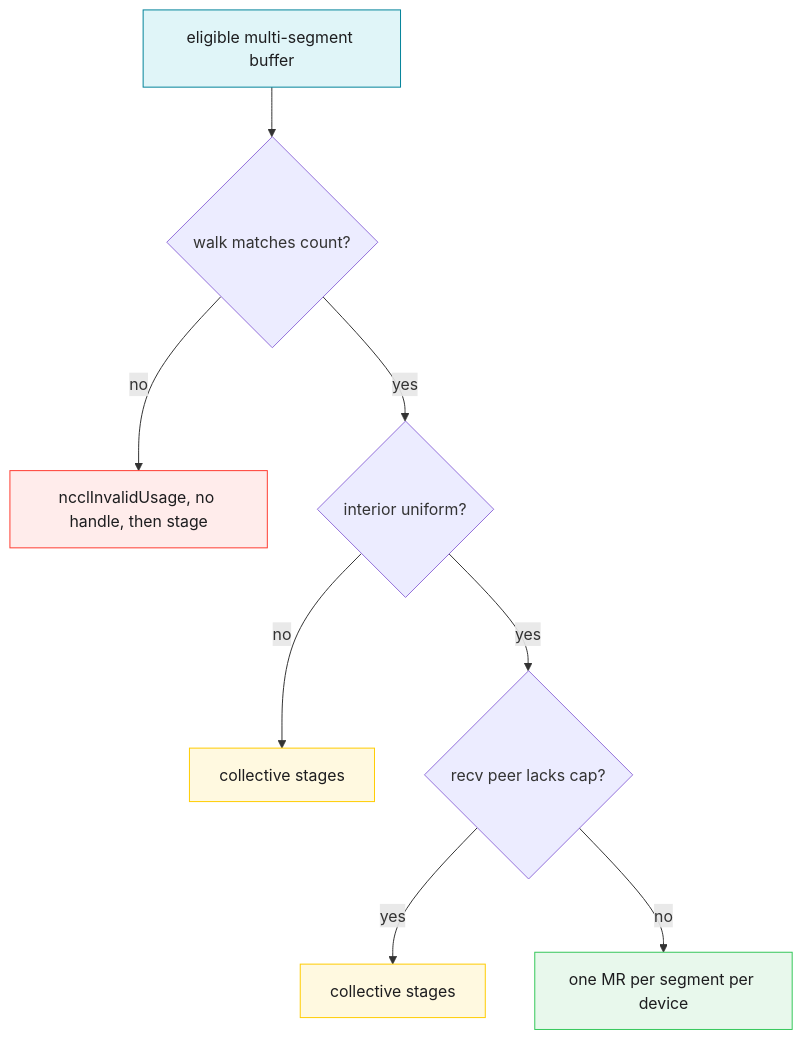
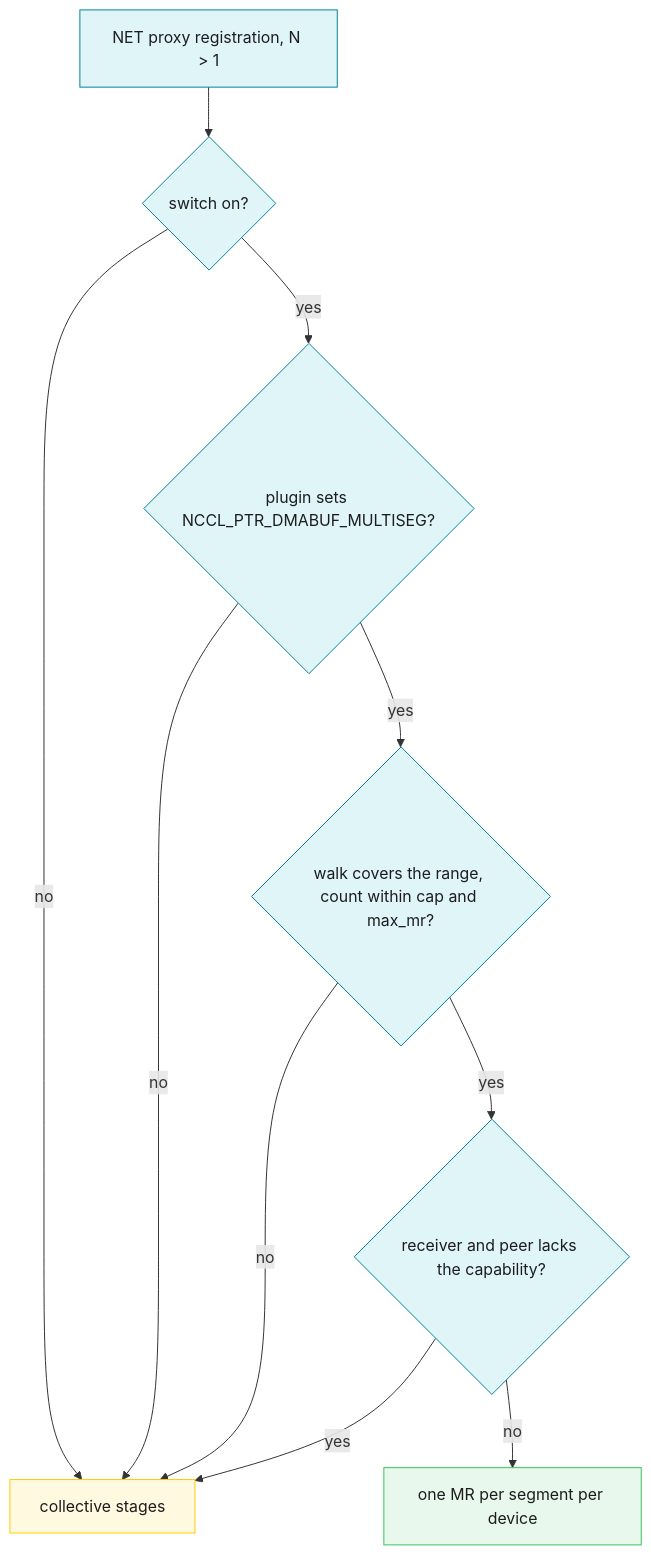
The second of 4 diagrams in projects/rccl/docs/design/multi_segment_netib_wire.md (ROCm/rocm-systems), drawn with Mermaid before and after one commit. The commit also changed other lines of this file and 16 other files, not shown here.

First line of the commit message:
docs: update multi-segment design docs for the review fixes and the fork plugin

````diff
--- a/projects/rccl/docs/design/multi_segment_netib_wire.md
+++ b/projects/rccl/docs/design/multi_segment_netib_wire.md
@@ -109,19 +74,19 @@
 ```mermaid
-%% caption: Classic NET/IB registration, part 2: layout checks
+%% caption: Classic NET/IB registration of a multi-segment buffer
 flowchart TD
- chk["eligible multi-segment buffer"] --> walk{"walk matches count?"}
- walk -->|no| inv["ncclInvalidUsage, no handle, then stage"]
- walk -->|yes| uni{"interior uniform?"}
- uni -->|no| st3["collective stages"]
- uni -->|yes| cap{"recv peer lacks cap?"}
- cap -->|yes| st4["collective stages"]
+ reg["NET proxy registration, N > 1"] --> sw{"switch on?"}
+ sw -->|no| st["collective stages"]
+ sw -->|yes| pb{"plugin sets NCCL_PTR_DMABUF_MULTISEG?"}
+ pb -->|no| st
+ pb -->|yes| walk{"walk covers the range, count within cap and max_mr?"}
+ walk -->|no| st
+ walk -->|yes| cap{"receiver and peer lacks the capability?"}
+ cap -->|yes| st
  cap -->|no| mrs["one MR per segment per device"]
  classDef netib fill:#e0f5f8,stroke:#008299,color:#1d1d1f
  classDef okpath fill:#e8f8ec,stroke:#34c759,color:#1d1d1f
  classDef stagepath fill:#fff9e0,stroke:#ffcc00,color:#1d1d1f
- classDef failpath fill:#ffeceb,stroke:#ff3b30,color:#1d1d1f
- class chk netib
+ class reg,sw,pb,walk,cap netib
  class mrs okpath
- class st3,st4 stagepath
- class inv failpath
+ class st stagepath
 ```
````
